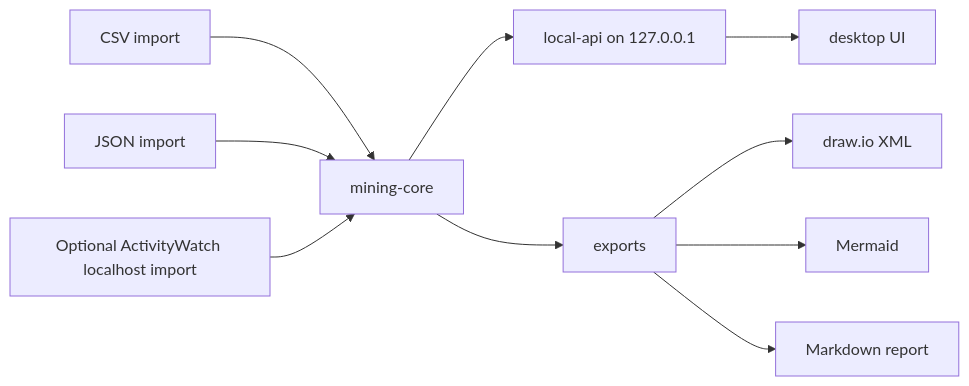
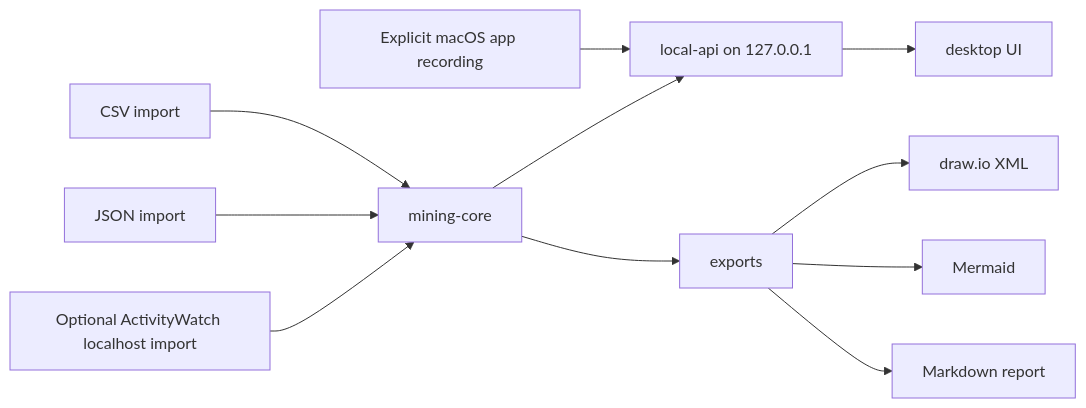
The diagram in docs/architecture/ARCHITECTURE.md (tuzuminami/OpsMineFlow), drawn with Mermaid before and after one commit. The commit also changed other lines of this file and 27 other files, not shown here.

First line of the commit message:
feat: add native macOS work recording (#33)

````diff
--- a/docs/architecture/ARCHITECTURE.md
+++ b/docs/architecture/ARCHITECTURE.md
@@ -5,12 +5,13 @@
 ```mermaid
 flowchart LR
   CSV[CSV import] --> Core[mining-core]
   JSON[JSON import] --> Core
   AW[Optional ActivityWatch localhost import] --> Core
+  Agent[Explicit macOS app recording] --> API[local-api on 127.0.0.1]
   Core --> API[local-api on 127.0.0.1]
   Core --> Export[exports]
   API --> UI[desktop UI]
   Export --> Drawio[draw.io XML]
   Export --> Mermaid[Mermaid]
   Export --> Report[Markdown report]
 ```
````
